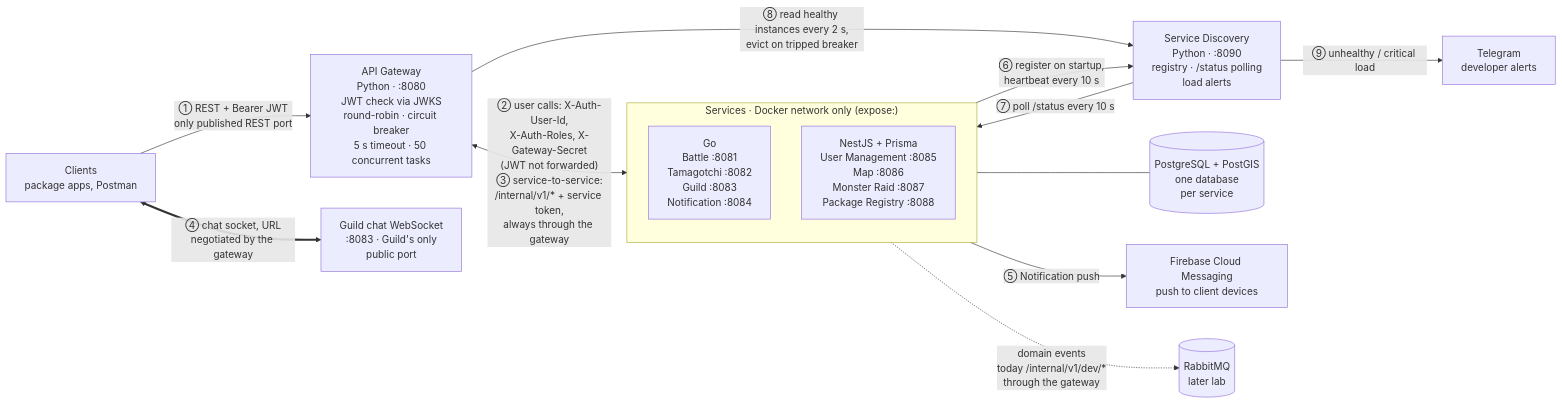
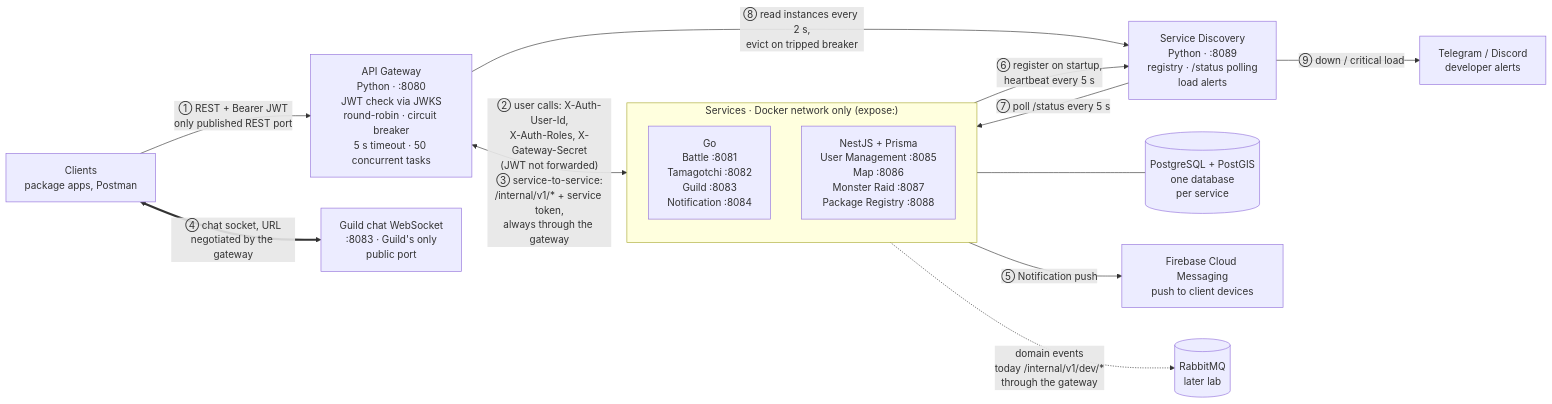
Before and after one commit to MadalinaDev/tamagotchi-go-team-12: the first of 2 diagrams in README.md, drawn with Mermaid. The commit also changed other lines of this file and 3 other files, not shown here.

First line of the commit message:
fix(compose): align Service Discovery and replicas with the agreed conventions

````diff
--- a/README.md
+++ b/README.md
@@ -48,28 +48,28 @@
 ```mermaid
 flowchart LR
     C["Clients<br/>package apps, Postman"]
     GW["API Gateway<br/>Python · :8080<br/>JWT check via JWKS<br/>round-robin · circuit breaker<br/>5 s timeout · 50 concurrent tasks"]
-    SD["Service Discovery<br/>Python · :8090<br/>registry · /status polling<br/>load alerts"]
-    TG["Telegram<br/>developer alerts"]
+    SD["Service Discovery<br/>Python · :8089<br/>registry · /status polling<br/>load alerts"]
+    TG["Telegram / Discord<br/>developer alerts"]
     WS["Guild chat WebSocket<br/>:8083 · Guild's only<br/>public port"]
 
     subgraph SVC["Services · Docker network only (expose:)"]
         GOS["Go<br/>Battle :8081<br/>Tamagotchi :8082<br/>Guild :8083<br/>Notification :8084"]
         NEST["NestJS + Prisma<br/>User Management :8085<br/>Map :8086<br/>Monster Raid :8087<br/>Package Registry :8088"]
     end
 
     DB[("PostgreSQL + PostGIS<br/>one database<br/>per service")]
     F["Firebase Cloud Messaging<br/>push to client devices"]
     Q[("RabbitMQ<br/>later lab")]
 
     C -->|"① REST + Bearer JWT<br/>only published REST port"| GW
     GW <-->|"② user calls: X-Auth-User-Id,<br/>X-Auth-Roles, X-Gateway-Secret<br/>(JWT not forwarded)<br/>③ service-to-service:<br/>/internal/v1/* + service token,<br/>always through the gateway"| SVC
     C <==>|"④ chat socket, URL<br/>negotiated by the gateway"| WS
     SVC --- DB
     SVC -->|"⑤ Notification push"| F
     SVC -.->|"domain events<br/>today /internal/v1/dev/*<br/>through the gateway"| Q
-    SVC -->|"⑥ register on startup,<br/>heartbeat every 10 s"| SD
-    SD -->|"⑦ poll /status every 10 s"| SVC
-    GW -->|"⑧ read healthy instances every 2 s,<br/>evict on tripped breaker"| SD
-    SD -->|"⑨ unhealthy / critical load"| TG
+    SVC -->|"⑥ register on startup,<br/>heartbeat every 5 s"| SD
+    SD -->|"⑦ poll /status every 5 s"| SVC
+    GW -->|"⑧ read instances every 2 s,<br/>evict on tripped breaker"| SD
+    SD -->|"⑨ down / critical load"| TG
 ```
````
